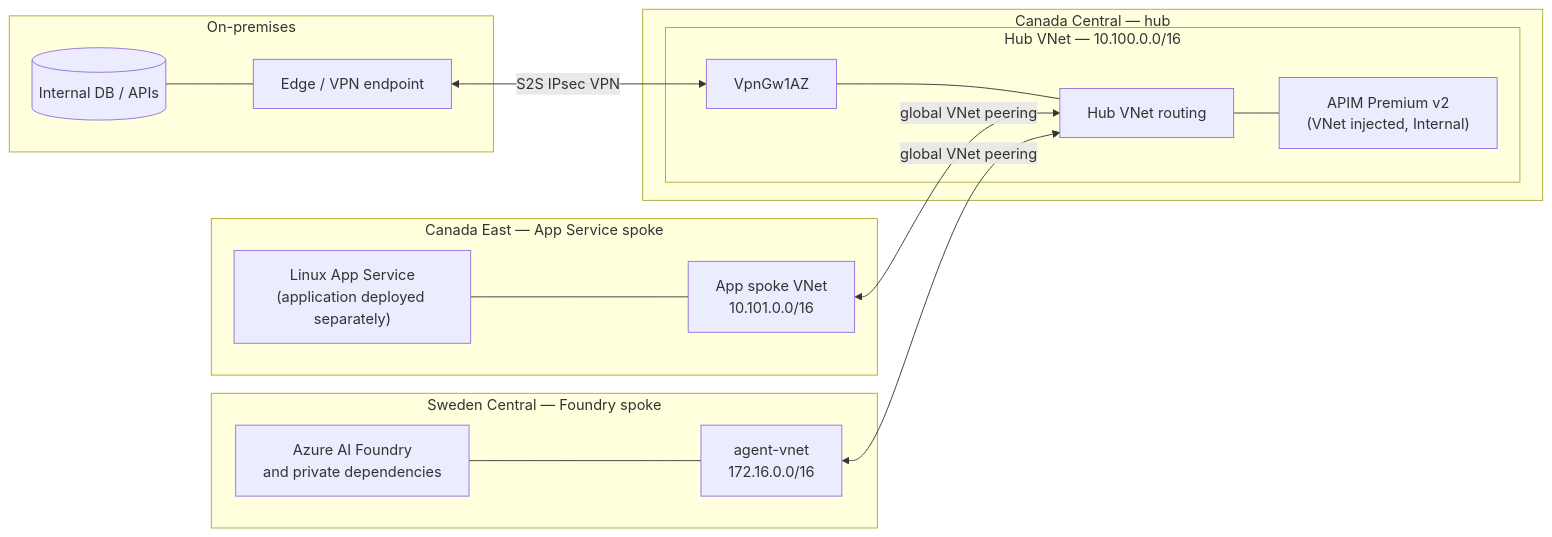
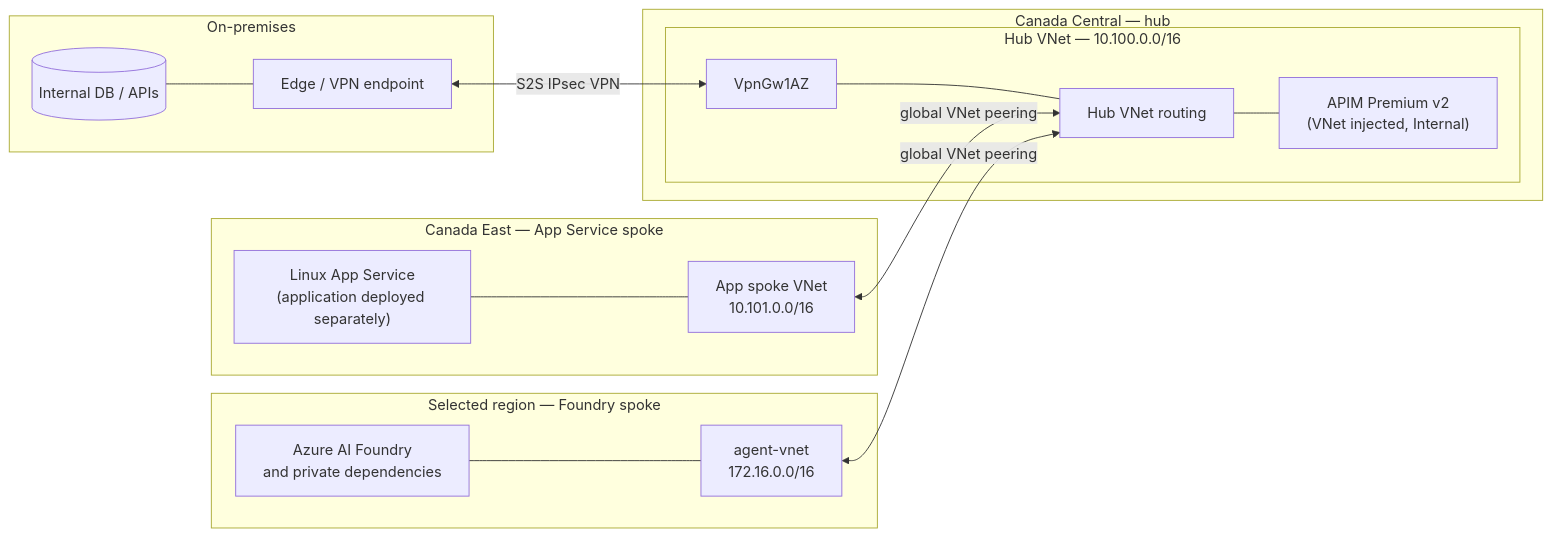
One commit to drewelewis/ai-hybrid-data-sources changed the second of 6 diagrams in README.md. Above: the diagram before and after it, drawn with Mermaid. The commit also changed other lines of this file and 4 other files, not shown here.

````diff
--- a/README.md
+++ b/README.md
@@ -190,34 +190,34 @@
 ```mermaid
 flowchart LR
     subgraph OnPrem["On-premises"]
         DB[(Internal DB / APIs)]
         Edge["Edge / VPN endpoint"]
         DB --- Edge
     end
 
     subgraph CanadaCentral["Canada Central — hub"]
         subgraph Hub["Hub VNet — 10.100.0.0/16"]
             VPN["VpnGw1AZ"]
             HubFabric["Hub VNet routing"]
             APIM["APIM Premium v2<br/>(VNet injected, Internal)"]
             VPN --- HubFabric
             HubFabric --- APIM
         end
     end
 
     subgraph CanadaEast["Canada East — App Service spoke"]
         AppVNet["App spoke VNet<br/>10.101.0.0/16"]
         App["Linux App Service<br/>(application deployed separately)"]
         App --- AppVNet
     end
 
-    subgraph SwedenCentral["Sweden Central — Foundry spoke"]
+    subgraph FoundryRegion["Selected region — Foundry spoke"]
         FoundryVNet["agent-vnet<br/>172.16.0.0/16"]
         Foundry["Azure AI Foundry<br/>and private dependencies"]
         Foundry --- FoundryVNet
     end
 
     Edge <-->|"S2S IPsec VPN"| VPN
     AppVNet <-->|"global VNet peering"| HubFabric
     FoundryVNet <-->|"global VNet peering"| HubFabric
 ```
````
